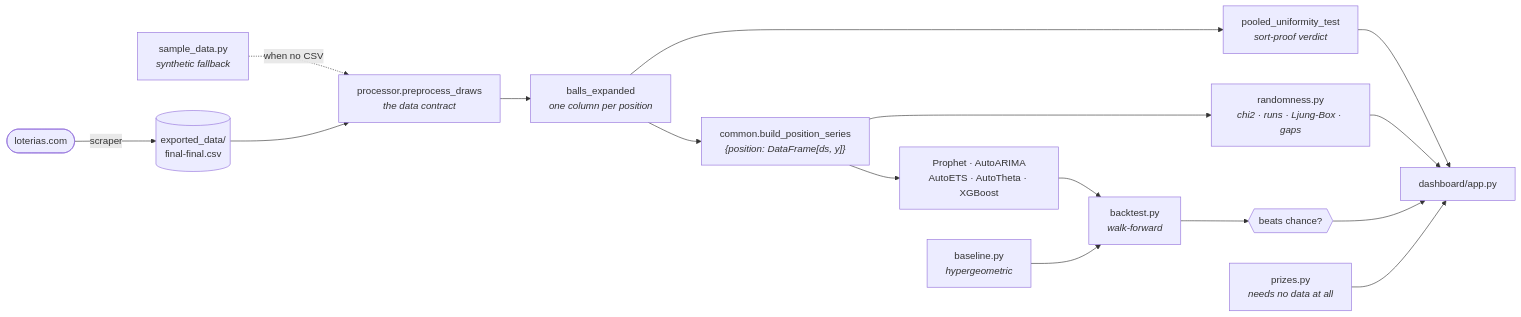
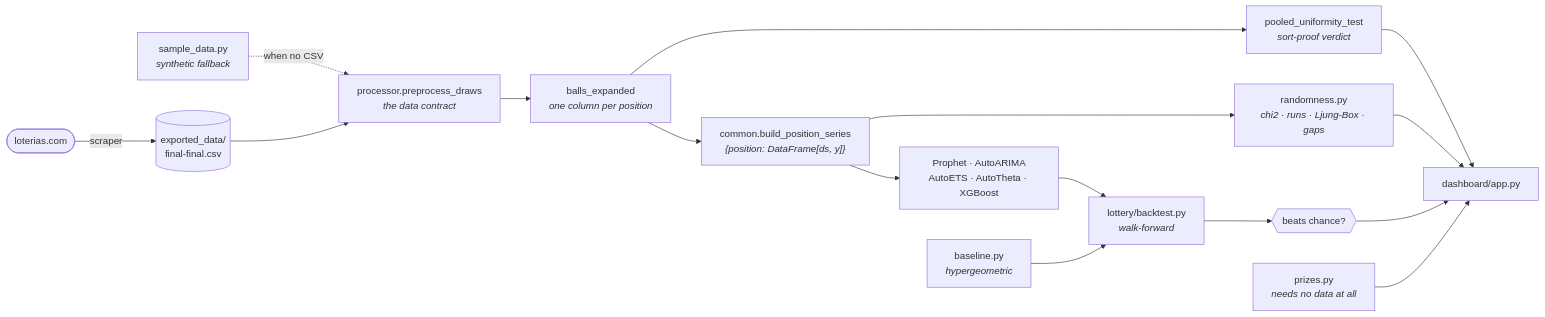
Before and after one commit to andresfelipe9619/prophet-playground: the second of 3 diagrams in docs/architecture.md, drawn with Mermaid. The commit also changed other lines of this file and 48 other files, not shown here.

````diff
--- a/docs/architecture.md
+++ b/docs/architecture.md
@@ -56,18 +70,18 @@
 ```mermaid
 flowchart LR
     WEB(["loterias.com"]) -->|"scraper"| CSV[("exported_data/<br/>final-final.csv")]
     SYN["sample_data.py<br/><i>synthetic fallback</i>"] -.->|"when no CSV"| PRE
     CSV --> PRE["processor.preprocess_draws<br/><i>the data contract</i>"]
     PRE --> BE["balls_expanded<br/><i>one column per position</i>"]
     BE --> BPS["common.build_position_series<br/><i>{position: DataFrame[ds, y]}</i>"]
 
     BE --> POOL["pooled_uniformity_test<br/><i>sort-proof verdict</i>"]
     BPS --> ANA["randomness.py<br/><i>chi2 · runs · Ljung-Box · gaps</i>"]
     BPS --> MODELS["Prophet · AutoARIMA<br/>AutoETS · AutoTheta · XGBoost"]
-    MODELS --> BTEST["backtest.py<br/><i>walk-forward</i>"]
+    MODELS --> BTEST["lottery/backtest.py<br/><i>walk-forward</i>"]
     CHANCE["baseline.py<br/><i>hypergeometric</i>"] --> BTEST
     BTEST --> VERDICT{{"beats chance?"}}
 
     POOL & ANA & VERDICT --> UI["dashboard/app.py"]
     RULES["prizes.py<br/><i>needs no data at all</i>"] --> UI
 ```
````
